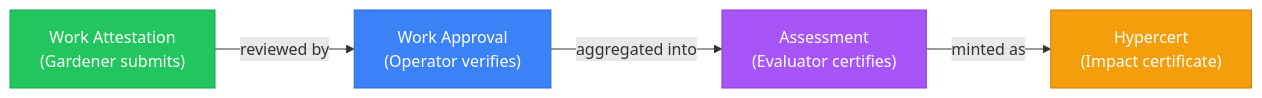
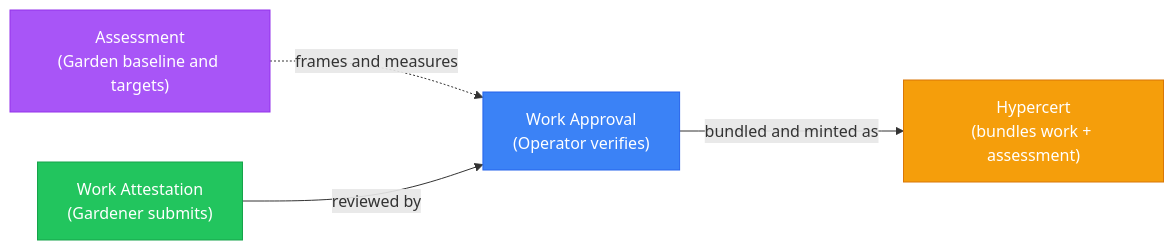
One commit to greenpill-dev-guild/green-goods changed the second of 2 diagrams in docs/docs/community/how-it-works.mdx. Above: the diagram before and after it, drawn with Mermaid. The commit also changed 7 other files, not shown here.

````diff
--- a/docs/docs/community/how-it-works.mdx
+++ b/docs/docs/community/how-it-works.mdx
@@ -154,11 +154,11 @@
 ```mermaid
 graph LR
+    A["Assessment<br/>(Garden baseline and targets)"] -.->|frames and measures| WA
     W["Work Attestation<br/>(Gardener submits)"] -->|reviewed by| WA["Work Approval<br/>(Operator verifies)"]
-    WA -->|aggregated into| A["Assessment<br/>(Evaluator certifies)"]
-    A -->|minted as| H["Hypercert<br/>(Impact certificate)"]
+    WA -->|bundled and minted as| H["Hypercert<br/>(bundles work + assessment)"]
 
+    style A fill:#a855f7,stroke:#9333ea,color:#fff
     style W fill:#22c55e,stroke:#16a34a,color:#fff
     style WA fill:#3b82f6,stroke:#2563eb,color:#fff
-    style A fill:#a855f7,stroke:#9333ea,color:#fff
     style H fill:#f59e0b,stroke:#d97706,color:#fff
 ```
````
